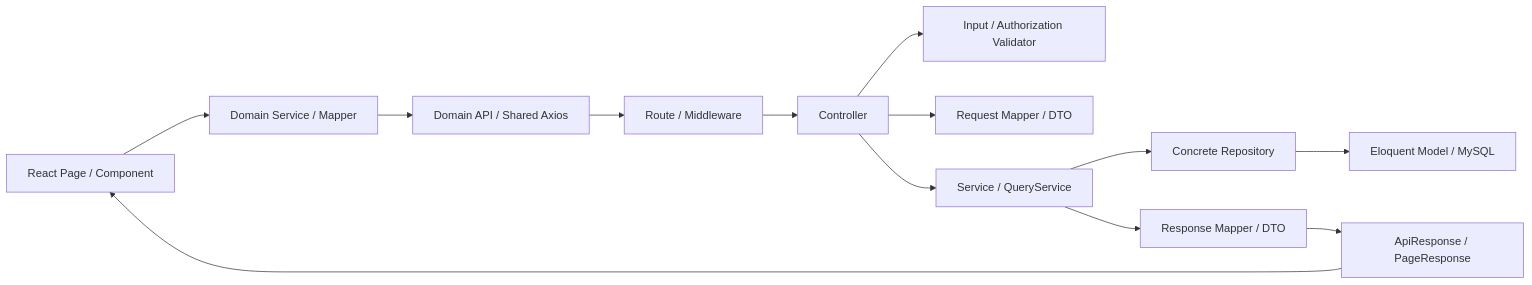
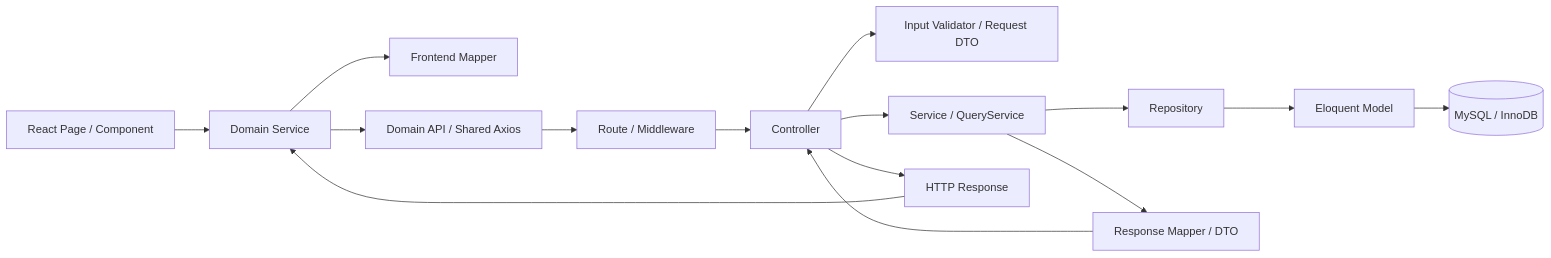
One commit to HuynhDoHoangNguyen/laravel-react-stayhub changed the first of 4 diagrams in ARCHITECTURE.md. Above: the diagram before and after it, drawn with Mermaid. The commit also changed other lines of this file and 188 other files, not shown here.

First line of the commit message:
refactor: standardize layered architecture and integrate host catalog

````diff
--- a/ARCHITECTURE.md
+++ b/ARCHITECTURE.md
@@ -18,15 +18,17 @@
-```mermaid
+~~~mermaid
 flowchart LR
-    UI[React Page / Component] --> FS[Domain Service / Mapper]
-    FS --> API[Domain API / Shared Axios]
-    API --> R[Route / Middleware]
+    P[React Page / Component] --> F[Domain Service]
+    F --> FM[Frontend Mapper]
+    F --> A[Domain API / Shared Axios]
+    A --> R[Route / Middleware]
     R --> C[Controller]
-    C --> V[Input / Authorization Validator]
-    C --> D[Request Mapper / DTO]
+    C --> V[Input Validator / Request DTO]
     C --> S[Service / QueryService]
-    S --> RP[Concrete Repository]
-    RP --> M[Eloquent Model / MySQL]
-    S --> OUT[Response Mapper / DTO]
-    OUT --> COMMON[ApiResponse / PageResponse]
-    COMMON --> UI
-```
+    S --> RP[Repository]
+    RP --> M[Eloquent Model]
+    M --> DB[(MySQL / InnoDB)]
+    S --> RM[Response Mapper / DTO]
+    RM --> C
+    C --> O[HTTP Response]
+    O --> F
+~~~
````
